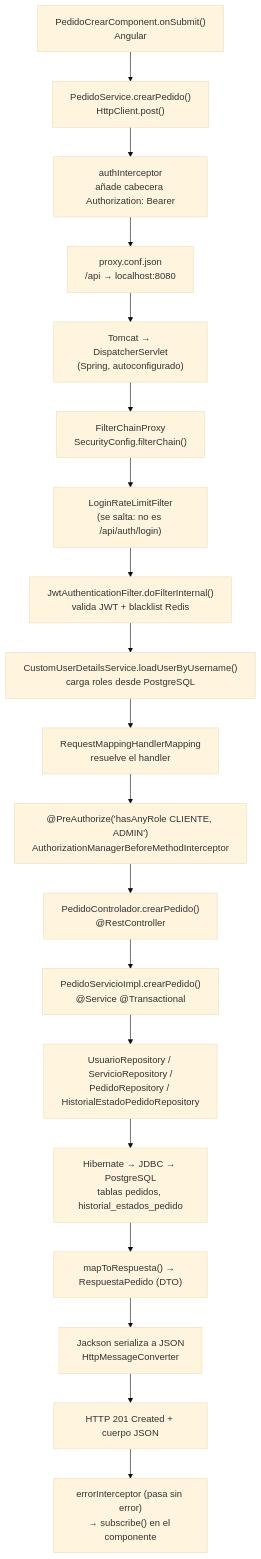
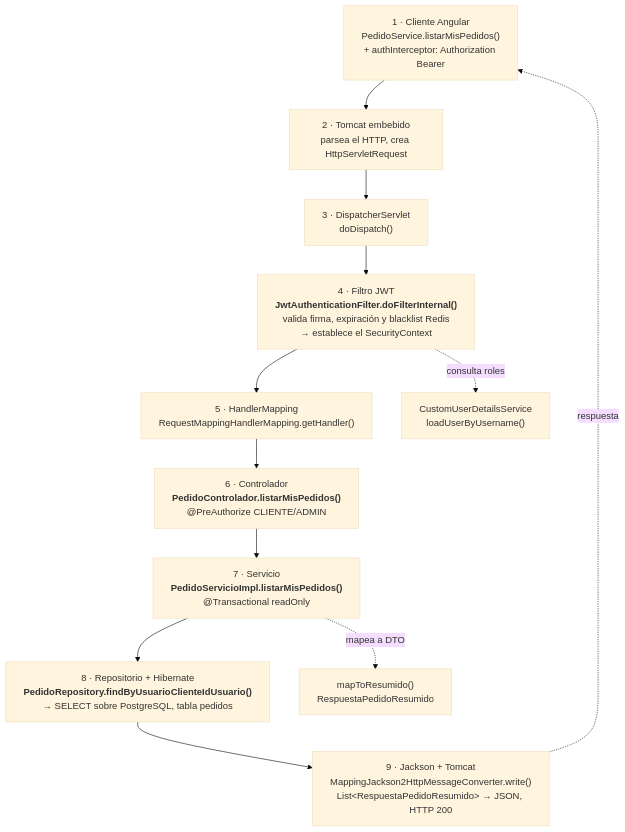
One commit to JohanCarvajal04/GA-Practica-en-clase-Trazado-del-flujo-completo-de-una-peticion-MVC changed the diagram in README.md. Above: the diagram before and after it, drawn with Mermaid (base theme). The commit also changed other lines of this file and 3 other files, not shown here.

````diff
--- a/README.md
+++ b/README.md
@@ -71,21 +87,18 @@
 ```mermaid
 flowchart TD
-    A["PedidoCrearComponent.onSubmit()<br/>Angular"] --> B["PedidoService.crearPedido()<br/>HttpClient.post()"]
-    B --> C["authInterceptor<br/>añade cabecera Authorization: Bearer"]
-    C --> D["proxy.conf.json<br/>/api → localhost:8080"]
-    D --> E["Tomcat → DispatcherServlet<br/>(Spring, autoconfigurado)"]
-    E --> F["FilterChainProxy<br/>SecurityConfig.filterChain()"]
-    F --> G["LoginRateLimitFilter<br/>(se salta: no es /api/auth/login)"]
-    G --> H["JwtAuthenticationFilter.doFilterInternal()<br/>valida JWT + blacklist Redis"]
-    H --> I["CustomUserDetailsService.loadUserByUsername()<br/>carga roles desde PostgreSQL"]
-    I --> J["RequestMappingHandlerMapping<br/>resuelve el handler"]
-    J --> K["@PreAuthorize('hasAnyRole CLIENTE, ADMIN')<br/>AuthorizationManagerBeforeMethodInterceptor"]
-    K --> L["PedidoControlador.crearPedido()<br/>@RestController"]
-    L --> M["PedidoServicioImpl.crearPedido()<br/>@Service @Transactional"]
-    M --> N["UsuarioRepository / ServicioRepository /<br/>PedidoRepository / HistorialEstadoPedidoRepository"]
-    N --> O["Hibernate → JDBC → PostgreSQL<br/>tablas pedidos, historial_estados_pedido"]
-    O --> P["mapToRespuesta() → RespuestaPedido (DTO)"]
-    P --> Q["Jackson serializa a JSON<br/>HttpMessageConverter"]
-    Q --> R["HTTP 201 Created + cuerpo JSON"]
-    R --> S["errorInterceptor (pasa sin error)<br/>→ subscribe() en el componente"]
+    P1["1 · Cliente Angular<br/>PedidoService.listarMisPedidos()<br/>+ authInterceptor: Authorization Bearer"]
+    P2["2 · Tomcat embebido<br/>parsea el HTTP, crea HttpServletRequest"]
+    P3["3 · DispatcherServlet<br/>doDispatch()"]
+    P4["4 · Filtro JWT<br/><b>JwtAuthenticationFilter.doFilterInternal()</b><br/>valida firma, expiración y blacklist Redis<br/>→ establece el SecurityContext"]
+    P5["5 · HandlerMapping<br/>RequestMappingHandlerMapping.getHandler()"]
+    P6["6 · Controlador<br/><b>PedidoControlador.listarMisPedidos()</b><br/>@PreAuthorize CLIENTE/ADMIN"]
+    P7["7 · Servicio<br/><b>PedidoServicioImpl.listarMisPedidos()</b><br/>@Transactional readOnly"]
+    P8["8 · Repositorio + Hibernate<br/><b>PedidoRepository.findByUsuarioClienteIdUsuario()</b><br/>→ SELECT sobre PostgreSQL, tabla pedidos"]
+    P9["9 · Jackson + Tomcat<br/>MappingJackson2HttpMessageConverter.write()<br/>List&lt;RespuestaPedidoResumido&gt; → JSON, HTTP 200"]
+
+    P1 --> P2 --> P3 --> P4 --> P5 --> P6 --> P7 --> P8 --> P9
+    P9 -.respuesta.-> P1
+
+    P4 -.consulta roles.-> UD["CustomUserDetailsService<br/>loadUserByUsername()"]
+    P7 -.mapea a DTO.-> DTO["mapToResumido()<br/>RespuestaPedidoResumido"]
 ```
````
